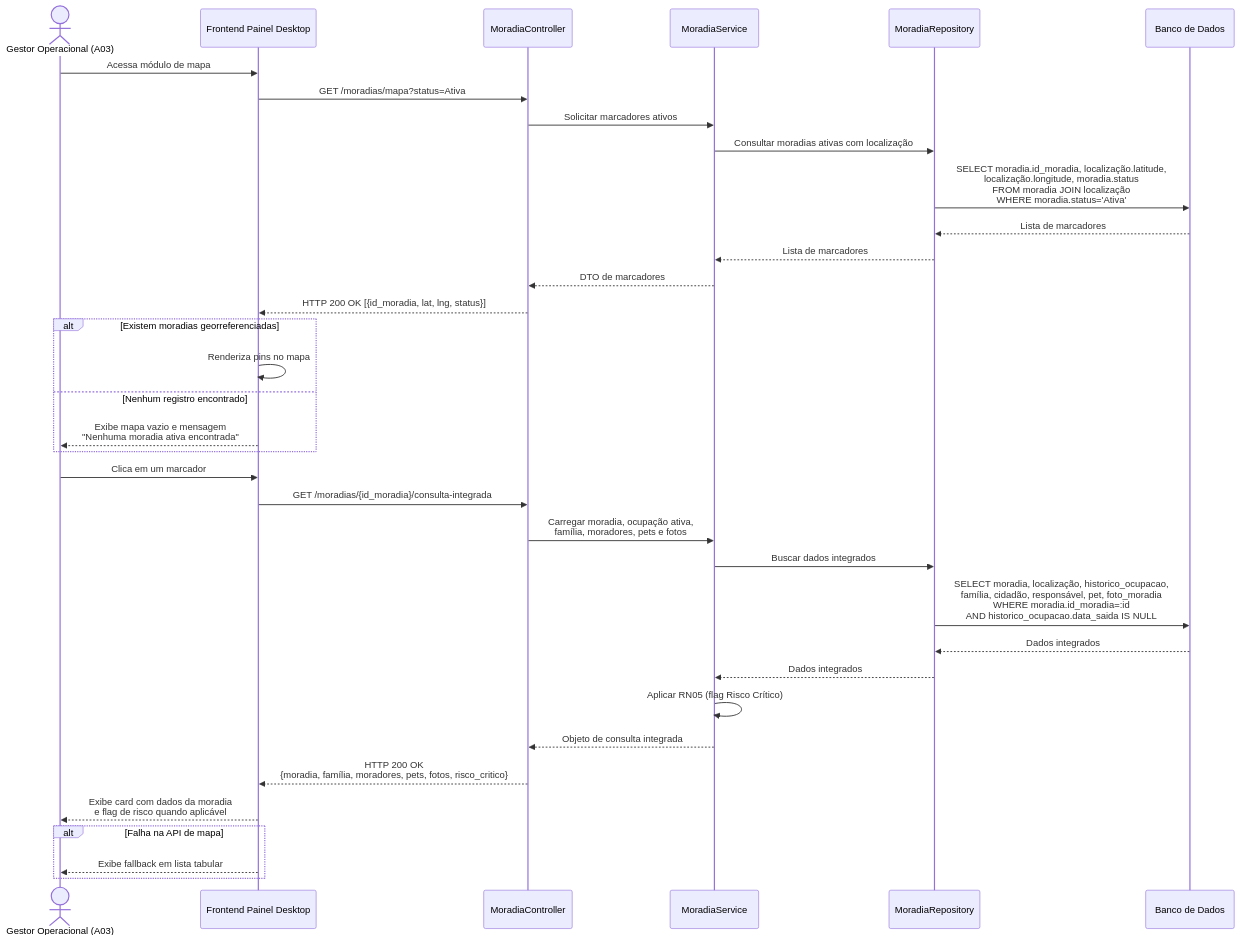
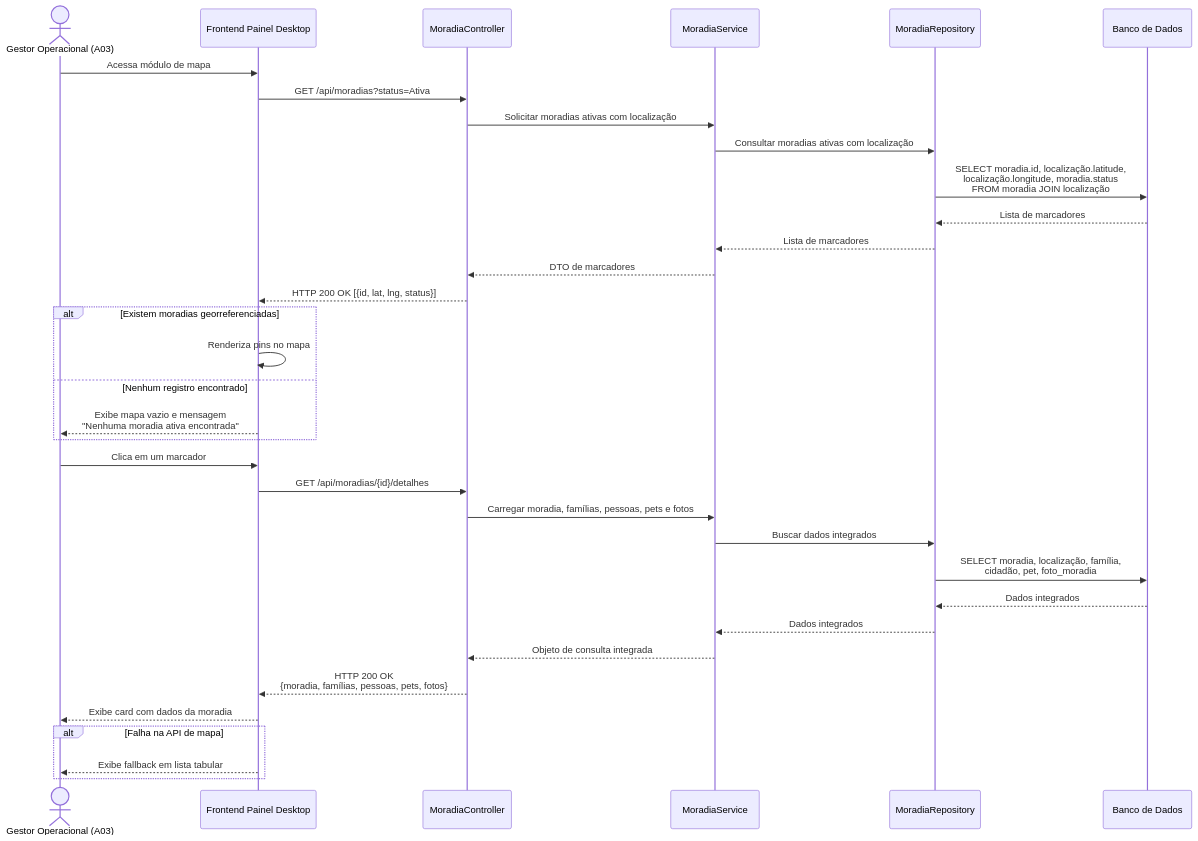
One commit to davitricarico-wq/g03 changed the second of 12 diagrams in documentos/wad.md. Above: the diagram before and after it, drawn with Mermaid. The commit also changed other lines of this file, not shown here.

Commit message:
doc(diagrama-sequencia-3.2.4): atualização dos diagramas, alterando nomenclaturas de entidades, endpoints implementados. Deixando de acordo com escopo atual. [card#153]

````diff
--- a/documentos/wad.md
+++ b/documentos/wad.md
@@ -662,41 +652,40 @@
 ```mermaid
 sequenceDiagram
     actor Gestor as Gestor Operacional (A03)
     participant Frontend as Frontend Painel Desktop
     participant Controller as MoradiaController
     participant Service as MoradiaService
     participant Repository as MoradiaRepository
     participant DB as Banco de Dados
 
     Gestor->>Frontend: Acessa módulo de mapa
-    Frontend->>Controller: GET /moradias/mapa?status=Ativa
-    Controller->>Service: Solicitar marcadores ativos
+    Frontend->>Controller: GET /api/moradias?status=Ativa
+    Controller->>Service: Solicitar moradias ativas com localização
     Service->>Repository: Consultar moradias ativas com localização
-    Repository->>DB: SELECT moradia.id_moradia, localização.latitude,<br/>localização.longitude, moradia.status<br/>FROM moradia JOIN localização<br/>WHERE moradia.status='Ativa'
+    Repository->>DB: SELECT moradia.id, localização.latitude,<br/>localização.longitude, moradia.status<br/>FROM moradia JOIN localização
     DB-->>Repository: Lista de marcadores
     Repository-->>Service: Lista de marcadores
     Service-->>Controller: DTO de marcadores
-    Controller-->>Frontend: HTTP 200 OK [{id_moradia, lat, lng, status}]
+    Controller-->>Frontend: HTTP 200 OK [{id, lat, lng, status}]
 
     alt Existem moradias georreferenciadas
         Frontend->>Frontend: Renderiza pins no mapa
     else Nenhum registro encontrado
         Frontend-->>Gestor: Exibe mapa vazio e mensagem<br/>"Nenhuma moradia ativa encontrada"
     end
 
     Gestor->>Frontend: Clica em um marcador
-    Frontend->>Controller: GET /moradias/{id_moradia}/consulta-integrada
-    Controller->>Service: Carregar moradia, ocupação ativa,<br/>família, moradores, pets e fotos
+    Frontend->>Controller: GET /api/moradias/{id}/detalhes
+    Controller->>Service: Carregar moradia, famílias, pessoas, pets e fotos
     Service->>Repository: Buscar dados integrados
-    Repository->>DB: SELECT moradia, localização, historico_ocupacao,<br/>família, cidadão, responsável, pet, foto_moradia<br/>WHERE moradia.id_moradia=:id<br/>AND historico_ocupacao.data_saida IS NULL
+    Repository->>DB: SELECT moradia, localização, família,<br/>cidadão, pet, foto_moradia
     DB-->>Repository: Dados integrados
     Repository-->>Service: Dados integrados
-    Service->>Service: Aplicar RN05 (flag Risco Crítico)
     Service-->>Controller: Objeto de consulta integrada
-    Controller-->>Frontend: HTTP 200 OK<br/>{moradia, família, moradores, pets, fotos, risco_critico}
-    Frontend-->>Gestor: Exibe card com dados da moradia<br/>e flag de risco quando aplicável
+    Controller-->>Frontend: HTTP 200 OK<br/>{moradia, famílias, pessoas, pets, fotos}
+    Frontend-->>Gestor: Exibe card com dados da moradia
 
     alt Falha na API de mapa
         Frontend-->>Gestor: Exibe fallback em lista tabular
     end
 ```
````
